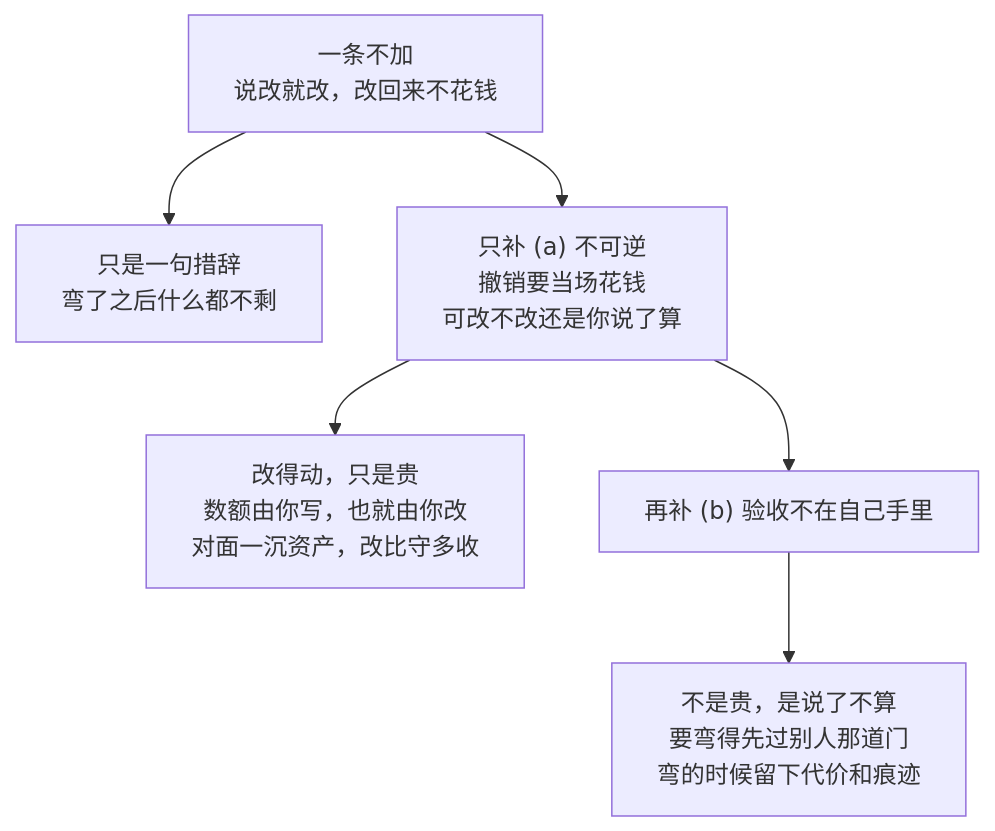
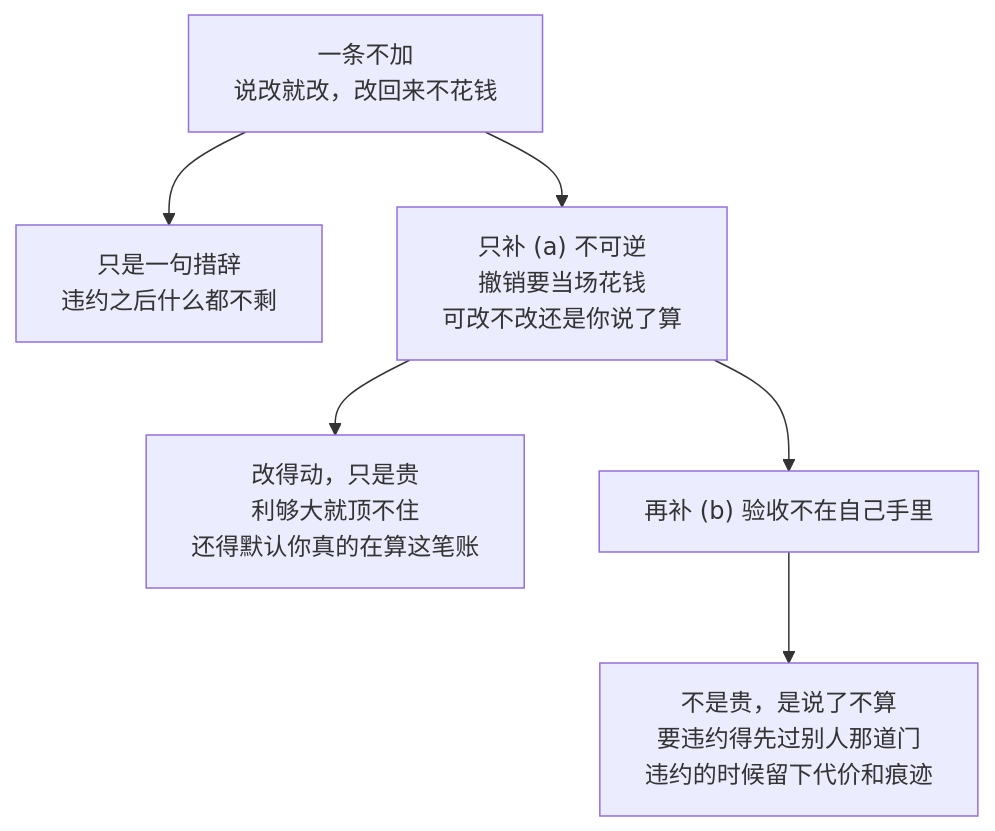
The second of 2 diagrams in content/blog/systems_and_governance/game_theory/绑住才可信-相机权是逐期最优却给出更坏的均衡.md (cj9208/cj9208.github.io), drawn with Mermaid before and after one commit. The commit also changed other lines of this file and 2 other files, not shown here.

````diff
--- a/content/blog/systems_and_governance/game_theory/绑住才可信-相机权是逐期最优却给出更坏的均衡.md
+++ b/content/blog/systems_and_governance/game_theory/绑住才可信-相机权是逐期最优却给出更坏的均衡.md
@@ -117,7 +119,7 @@
 ```mermaid
 graph TD
-    A["一条不加<br/>说改就改，改回来不花钱"] --> A1["只是一句措辞<br/>弯了之后什么都不剩"]
-    B["只补 (a) 不可逆<br/>撤销要当场花钱<br/>可改不改还是你说了算"] --> B1["改得动，只是贵<br/>数额由你写，也就由你改<br/>对面一沉资产，改比守多收"]
-    C["再补 (b) 验收不在自己手里"] --> C1["不是贵，是说了不算<br/>要弯得先过别人那道门<br/>弯的时候留下代价和痕迹"]
+    A["一条不加<br/>说改就改，改回来不花钱"] --> A1["只是一句措辞<br/>违约之后什么都不剩"]
+    B["只补 (a) 不可逆<br/>撤销要当场花钱<br/>可改不改还是你说了算"] --> B1["改得动，只是贵<br/>利够大就顶不住<br/>还得默认你真的在算这笔账"]
+    C["再补 (b) 验收不在自己手里"] --> C1["不是贵，是说了不算<br/>要违约得先过别人那道门<br/>违约的时候留下代价和痕迹"]
     A --> B --> C
 ```
````
